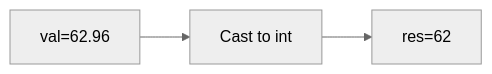
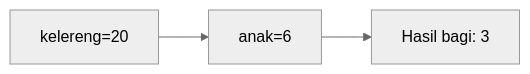
Diagram 12 of 25 in part-c-pemahaman-cpp/01-tipe-data/latihan/set-04.md (amnahwaida/OSNK_INF_PREP), drawn with Mermaid (neutral theme) before and after one commit. The commit also changed other lines of this file and 71 other files, not shown here.

````diff
--- a/part-c-pemahaman-cpp/01-tipe-data/latihan/set-04.md
+++ b/part-c-pemahaman-cpp/01-tipe-data/latihan/set-04.md
@@ -319,5 +335,5 @@
 ```mermaid
 graph LR
-A["val=62.96"] --> B["Cast to int"]
-B --> C["res=62"]
+A["kelereng=20"] --> B["anak=6"]
+B --> C["Hasil bagi: 3"]
 ```
````
